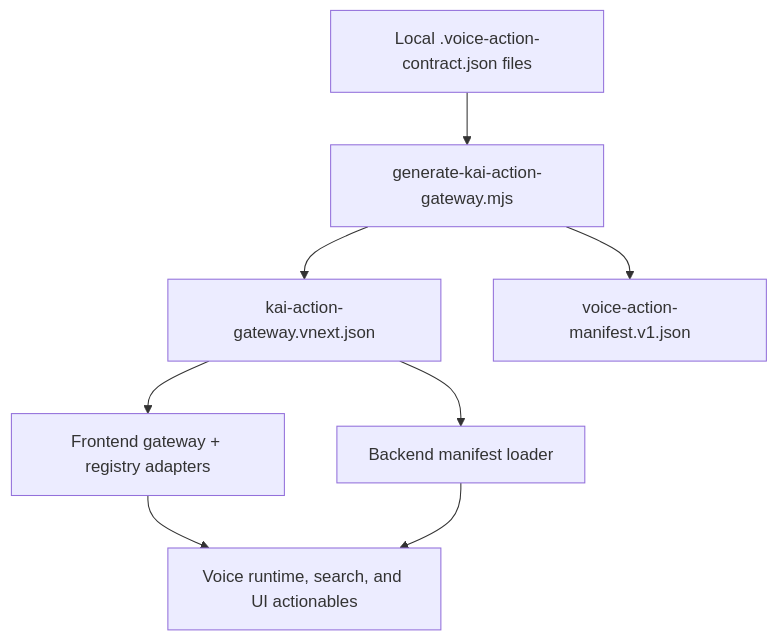
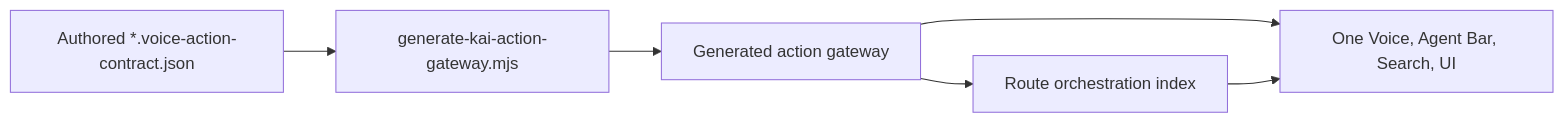
The diagram in docs/reference/kai/kai-action-gateway-vnext.md (hushh-labs/hushh-research), drawn with Mermaid before and after one commit. The commit also changed other lines of this file and 249 other files, not shown here.

Commit message:
feat(one): unify connections and action runtime

````diff
--- a/docs/reference/kai/kai-action-gateway-vnext.md
+++ b/docs/reference/kai/kai-action-gateway-vnext.md
@@ -7,18 +9,13 @@
 ```mermaid
-flowchart TD
-  local["Local .voice-action-contract.json files"]
+flowchart LR
+  authored["Authored *.voice-action-contract.json"]
   generator["generate-kai-action-gateway.mjs"]
-  gateway["kai-action-gateway.vnext.json"]
-  manifest["voice-action-manifest.v1.json"]
-  frontend["Frontend gateway + registry adapters"]
-  backend["Backend manifest loader"]
-  runtime["Voice runtime, search, and UI actionables"]
+  gateway["Generated action gateway"]
+  routeIndex["Route orchestration index"]
+  runtime["One Voice, Agent Bar, Search, UI"]
 
-  local --> generator
-  generator --> gateway
-  generator --> manifest
-  gateway --> frontend
-  gateway --> backend
-  frontend --> runtime
-  backend --> runtime
+  authored --> generator --> gateway
+  gateway --> routeIndex
+  gateway --> runtime
+  routeIndex --> runtime
 ```
````
